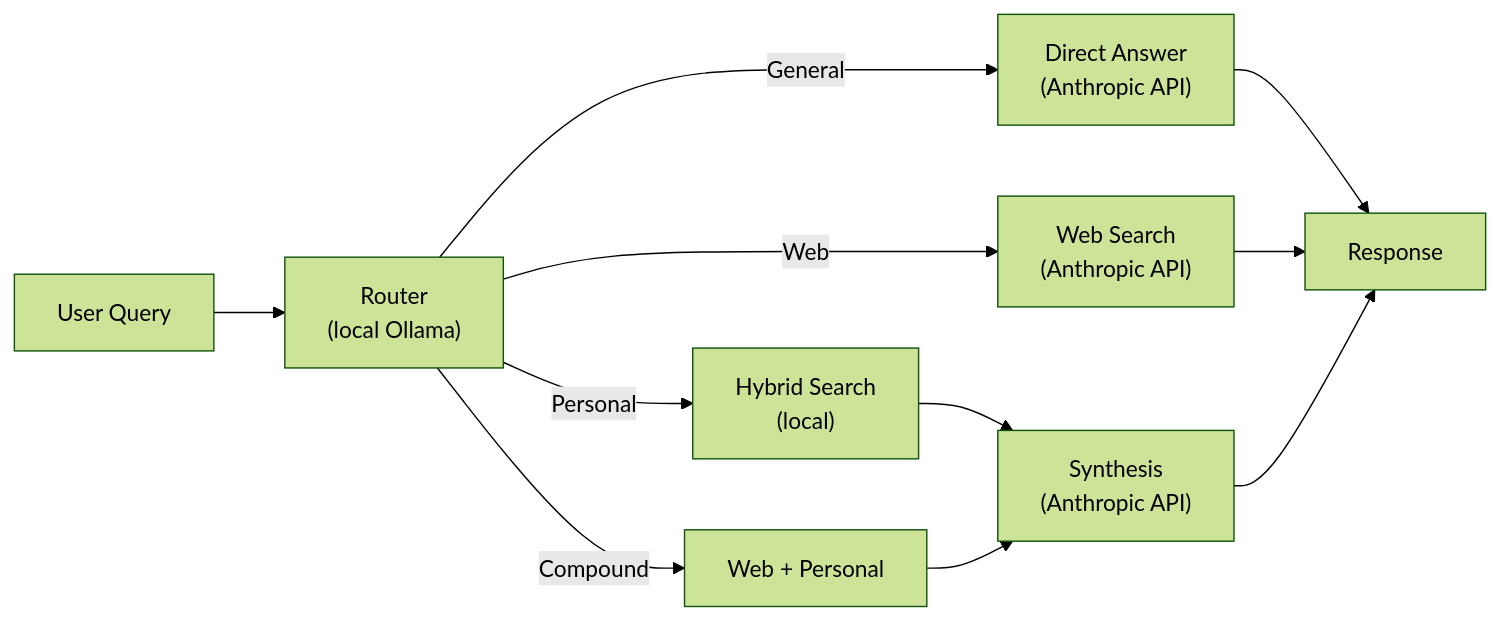
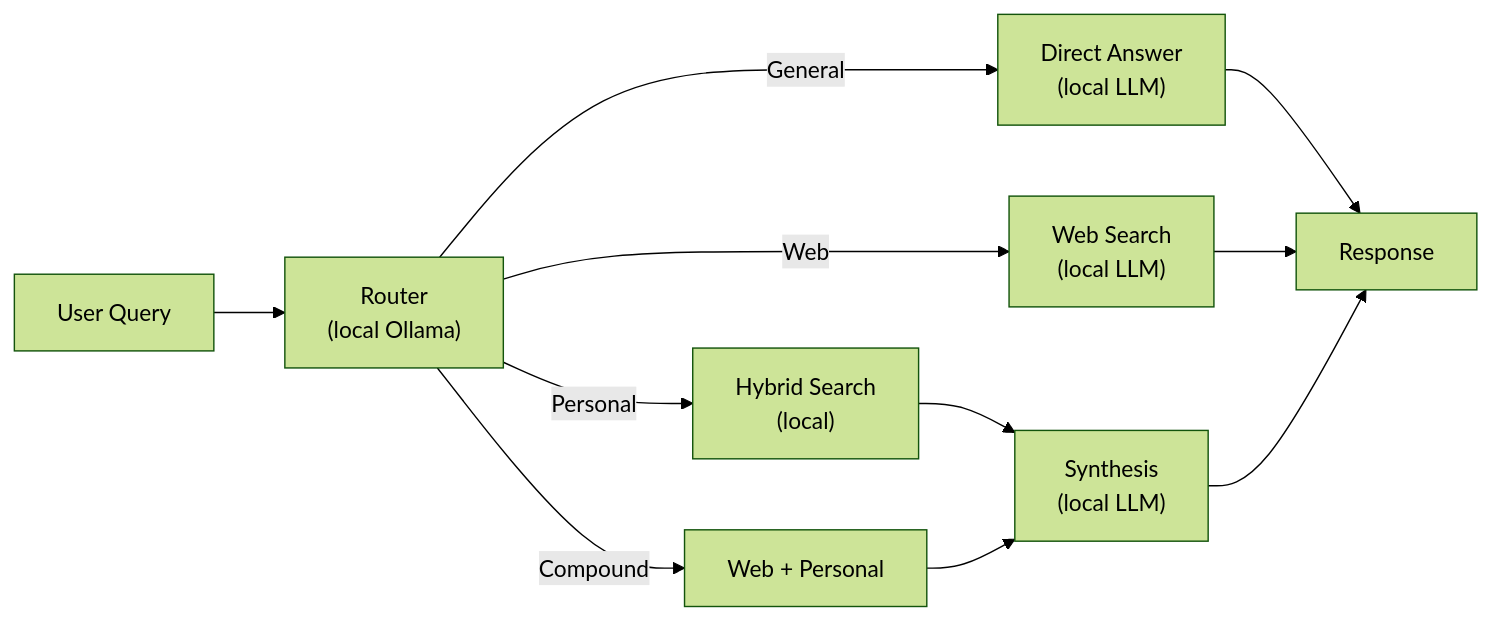
One commit to nbramia/LifeOS changed the first of 3 diagrams in README.md. Above: the diagram before and after it, drawn with Mermaid (forest theme). The commit also changed other lines of this file and 7 other files, not shown here.

First line of the commit message:
docs: Refresh documentation for v3 — Linux, local LLM, embedding upgrade

````diff
--- a/README.md
+++ b/README.md
@@ -103,15 +124,15 @@
 ```mermaid
 flowchart LR
     Q["User Query"] --> Router["Router\n(local Ollama)"]
 
-    Router -->|"General"| Direct["Direct Answer\n(Anthropic API)"]
-    Router -->|"Web"| Web["Web Search\n(Anthropic API)"]
+    Router -->|"General"| Direct["Direct Answer\n(local LLM)"]
+    Router -->|"Web"| Web["Web Search\n(local LLM)"]
     Router -->|"Personal"| Hybrid["Hybrid Search\n(local)"]
     Router -->|"Compound"| Both["Web + Personal"]
 
-    Hybrid --> Syn["Synthesis\n(Anthropic API)"]
+    Hybrid --> Syn["Synthesis\n(local LLM)"]
     Both --> Syn
     Direct --> Response["Response"]
     Web --> Response
     Syn --> Response
 ```
````
